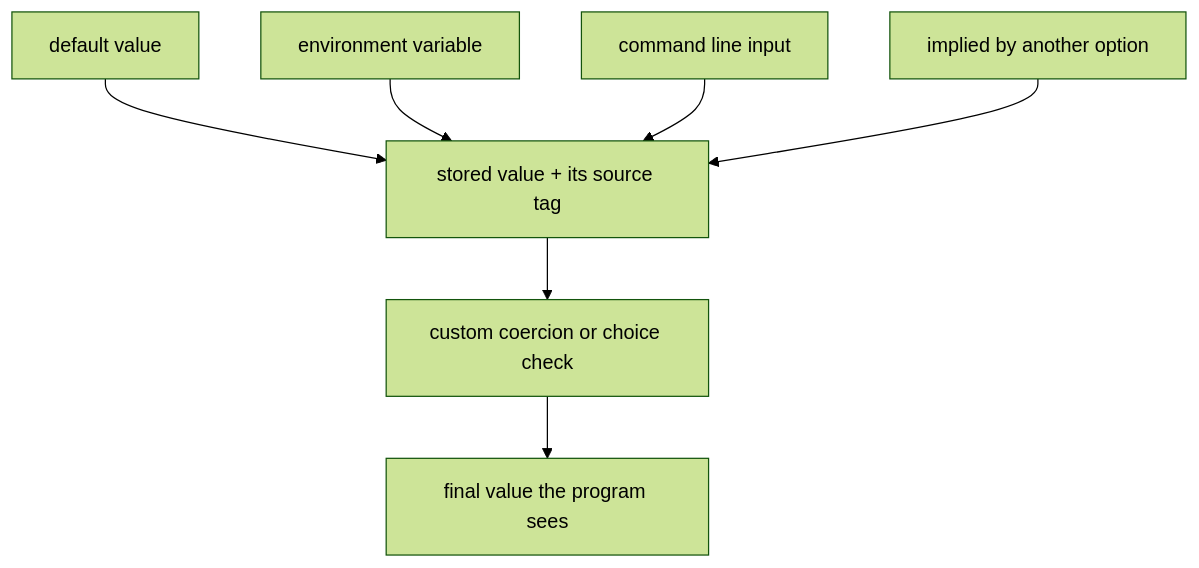
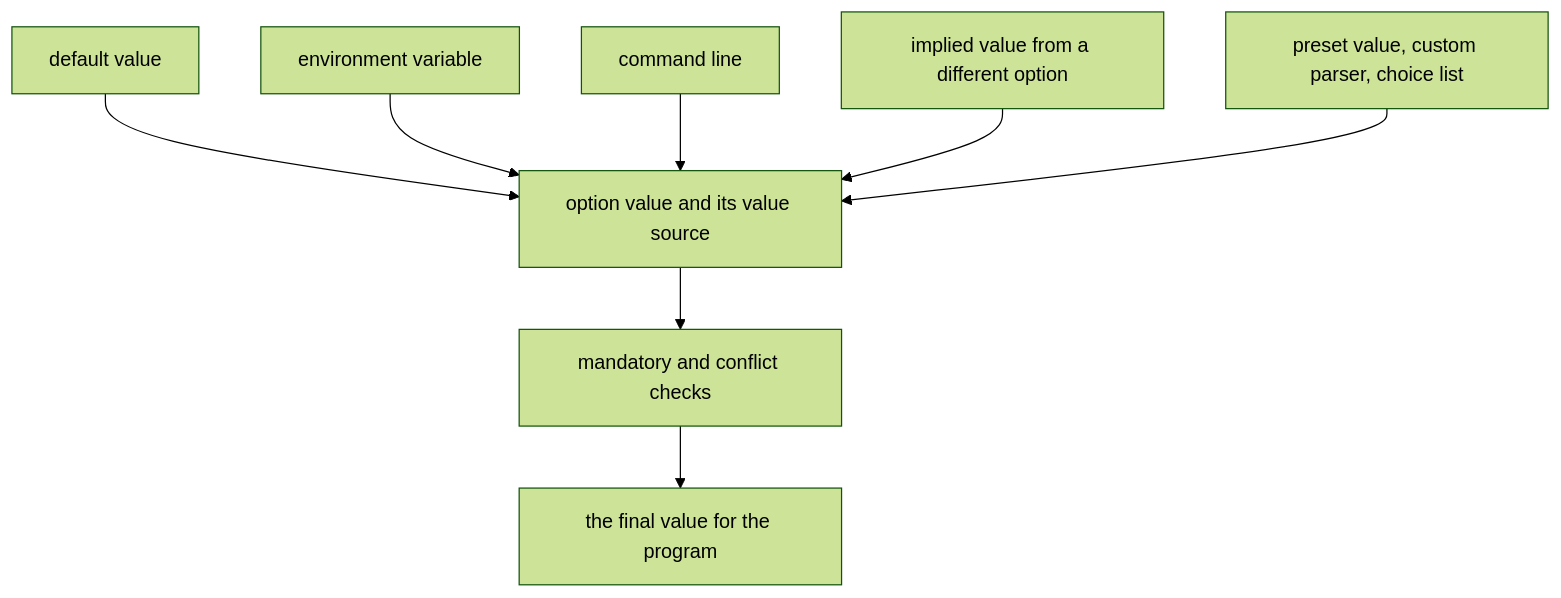
The first of 4 diagrams in docs/examples/commander/.cluedoc/option-parsing/value-resolution/README.md (KeunwooPark/cluedoc), drawn with Mermaid (forest theme) before and after one commit. The commit also changed other lines of this file and 22 other files, not shown here.

````diff
--- a/docs/examples/commander/.cluedoc/option-parsing/value-resolution/README.md
+++ b/docs/examples/commander/.cluedoc/option-parsing/value-resolution/README.md
@@ -9,9 +9,10 @@
 ```mermaid
 flowchart TD
-    DEF["default value"] --> STORE["stored value + its source tag"]
+    DEF["default value"] --> STORE["option value and its value source"]
     ENV["environment variable"] --> STORE
-    CLI["command line input"] --> STORE
-    IMP["implied by another option"] --> STORE
-    STORE --> COERCE["custom coercion or choice check"]
-    COERCE --> FINAL["final value the program sees"]
+    CLI["command line"] --> STORE
+    IMP["implied value from a different option"] --> STORE
+    PARSE["preset value, custom parser, choice list"] --> STORE
+    STORE --> CHECK["mandatory and conflict checks"]
+    CHECK --> FINAL["the final value for the program"]
 ```
````
